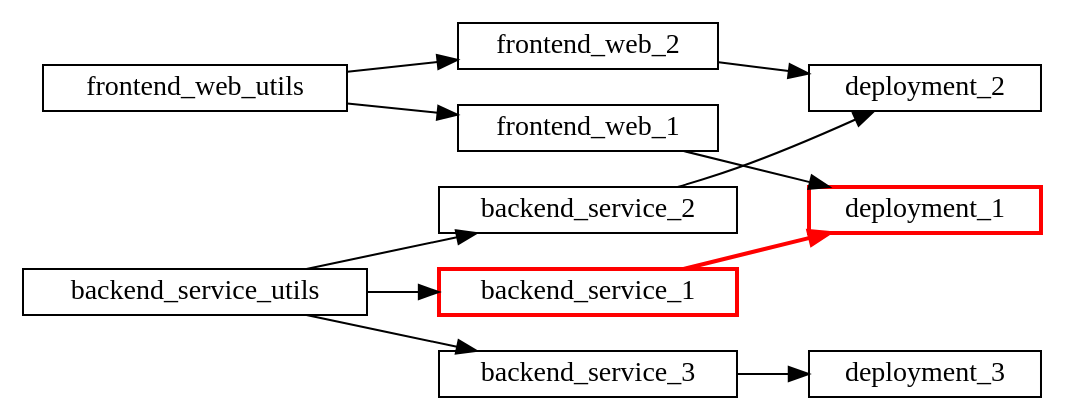
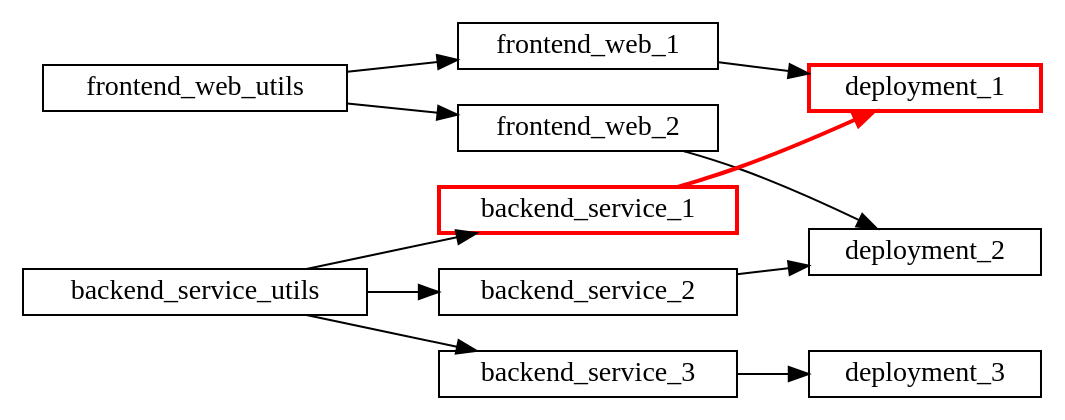
The second of 7 diagrams in blog/modules/ROOT/pages/3-selective-test-execution.adoc (com-lihaoyi/mill), drawn with Graphviz before and after one commit. The commit also changed other lines of this file, not shown here.

````diff
--- a/blog/modules/ROOT/pages/3-selective-test-execution.adoc
+++ b/blog/modules/ROOT/pages/3-selective-test-execution.adoc
@@ -148,16 +149,17 @@
 ```graphviz
 digraph G {
   rankdir=LR
   node [shape=box width=0 height=0 style=filled fillcolor=white]
 
+  frontend_web_utils -> frontend_web_2 -> deployment_2
   frontend_web_utils -> frontend_web_1 -> deployment_1
-  frontend_web_utils -> frontend_web_2 -> deployment_2
+
+  backend_service_utils -> backend_service_3 -> deployment_3
+  backend_service_utils -> backend_service_2 -> deployment_2
+
   backend_service_utils -> backend_service_1
   backend_service_1 [color=red, penwidth=2]
   deployment_1 [color=red, penwidth=2]
   backend_service_1 -> deployment_1 [color=red, penwidth=2]
-  backend_service_utils -> backend_service_2 -> deployment_2
-  backend_service_utils -> backend_service_3 -> deployment_3
-
 }
 ```
````
